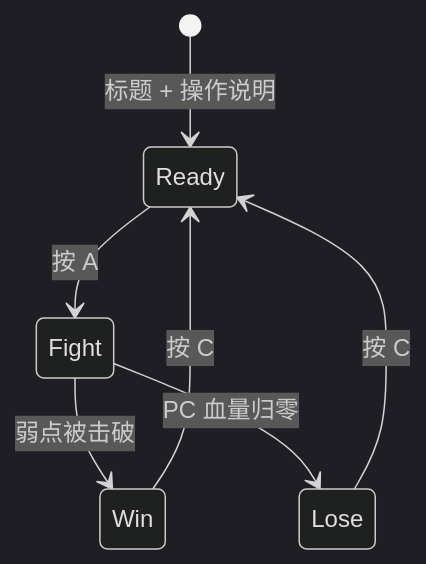
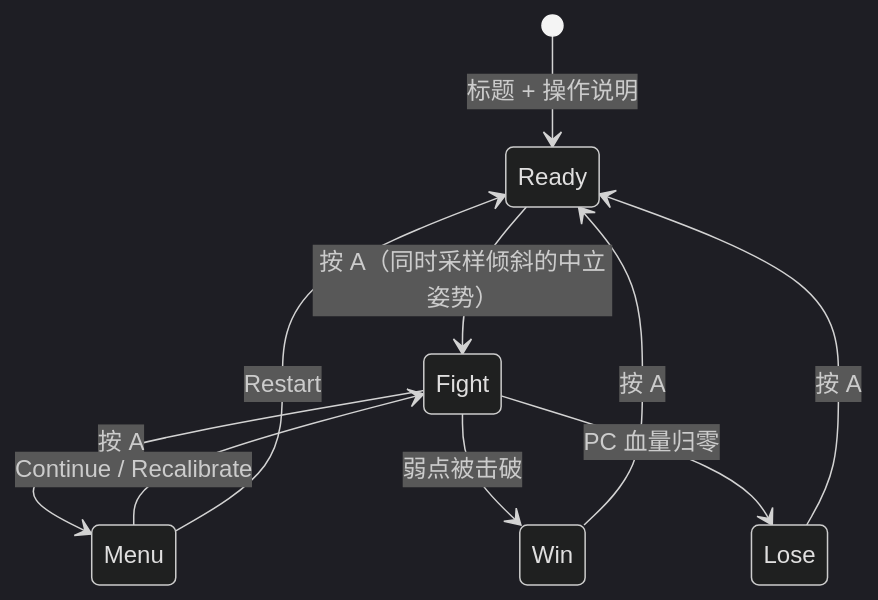
One commit to NU-Hachimi/uno-q-hackout changed the diagram in arcade/docs/plan.md. Above: the diagram before and after it, drawn with Mermaid (dark theme). The commit also changed other lines of this file and 4 other files, not shown here.

````diff
--- a/arcade/docs/plan.md
+++ b/arcade/docs/plan.md
@@ -11,9 +11,12 @@
 ```mermaid
 stateDiagram-v2
     [*] --> Ready: 标题 + 操作说明
-    Ready --> Fight: 按 A
+    Ready --> Fight: 按 A（同时采样倾斜的中立姿势）
+    Fight --> Menu: 按 A
+    Menu --> Fight: Continue / Recalibrate
+    Menu --> Ready: Restart
     Fight --> Win: 弱点被击破
     Fight --> Lose: PC 血量归零
-    Win --> Ready: 按 C
-    Lose --> Ready: 按 C
+    Win --> Ready: 按 A
+    Lose --> Ready: 按 A
 ```
````
